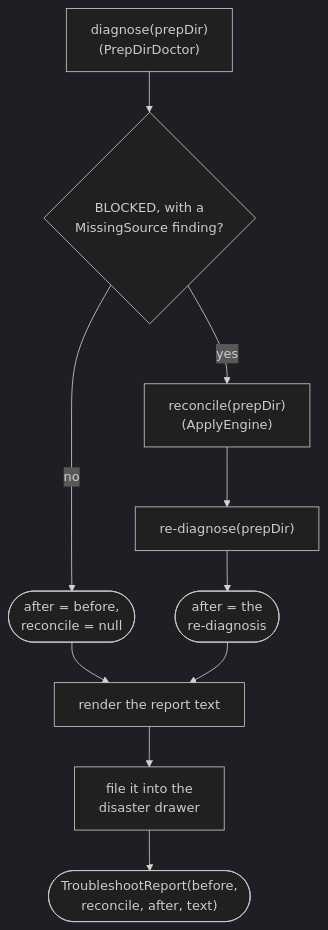
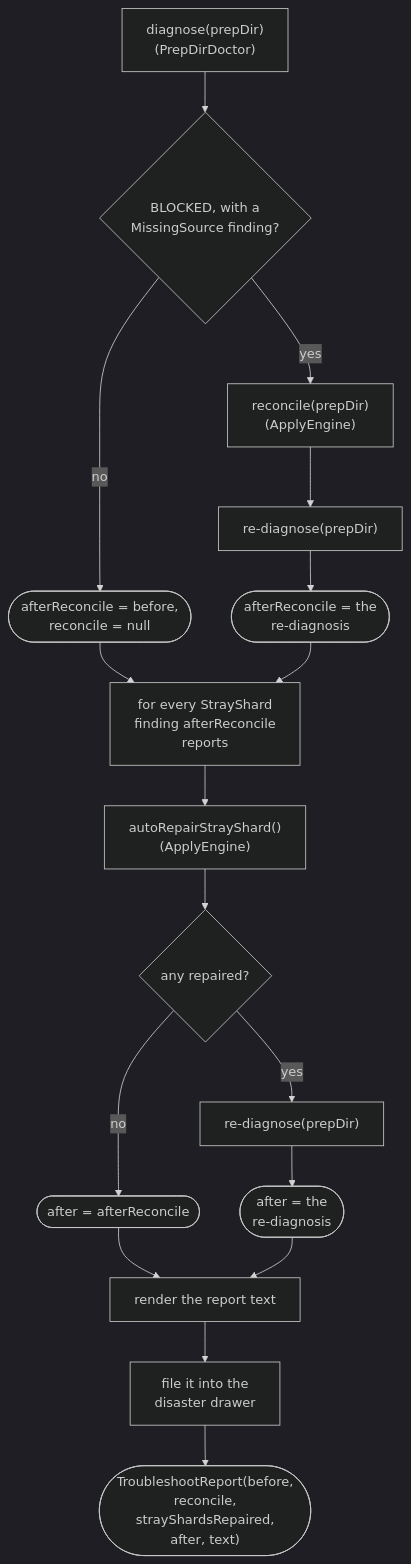
Before and after one commit to AdrianNachev91/sluice: the diagram in app/docs/design/application/service/troubleshooter.md, drawn with Mermaid (dark theme). The commit also changed other lines of this file and 15 other files, not shown here.

````diff
--- a/app/docs/design/application/service/troubleshooter.md
+++ b/app/docs/design/application/service/troubleshooter.md
@@ -8,12 +8,19 @@
 ```mermaid
 flowchart TD
     A["diagnose(prepDir)<br/>(PrepDirDoctor)"] --> B{"BLOCKED, with a<br/>MissingSource finding?"}
-    B -- no --> C(["after = before,<br/>reconcile = null"])
+    B -- no --> C(["afterReconcile = before,<br/>reconcile = null"])
     B -- yes --> D["reconcile(prepDir)<br/>(ApplyEngine)"]
     D --> E["re-diagnose(prepDir)"]
-    E --> F(["after = the<br/>re-diagnosis"])
-    C --> G["render the report text"]
-    F --> G
+    E --> F(["afterReconcile = the<br/>re-diagnosis"])
+    C --> R["for every StrayShard<br/>finding afterReconcile<br/>reports"]
+    F --> R
+    R --> S["autoRepairStrayShard()<br/>(ApplyEngine)"]
+    S --> T{"any repaired?"}
+    T -- no --> U(["after = afterReconcile"])
+    T -- yes --> V["re-diagnose(prepDir)"]
+    V --> W(["after = the<br/>re-diagnosis"])
+    U --> G["render the report text"]
+    W --> G
     G --> H["file it into the<br/>disaster drawer"]
-    H --> I(["TroubleshootReport(before,<br/>reconcile, after, text)"])
+    H --> I(["TroubleshootReport(before,<br/>reconcile,<br/>strayShardsRepaired,<br/>after, text)"])
 ```
````
